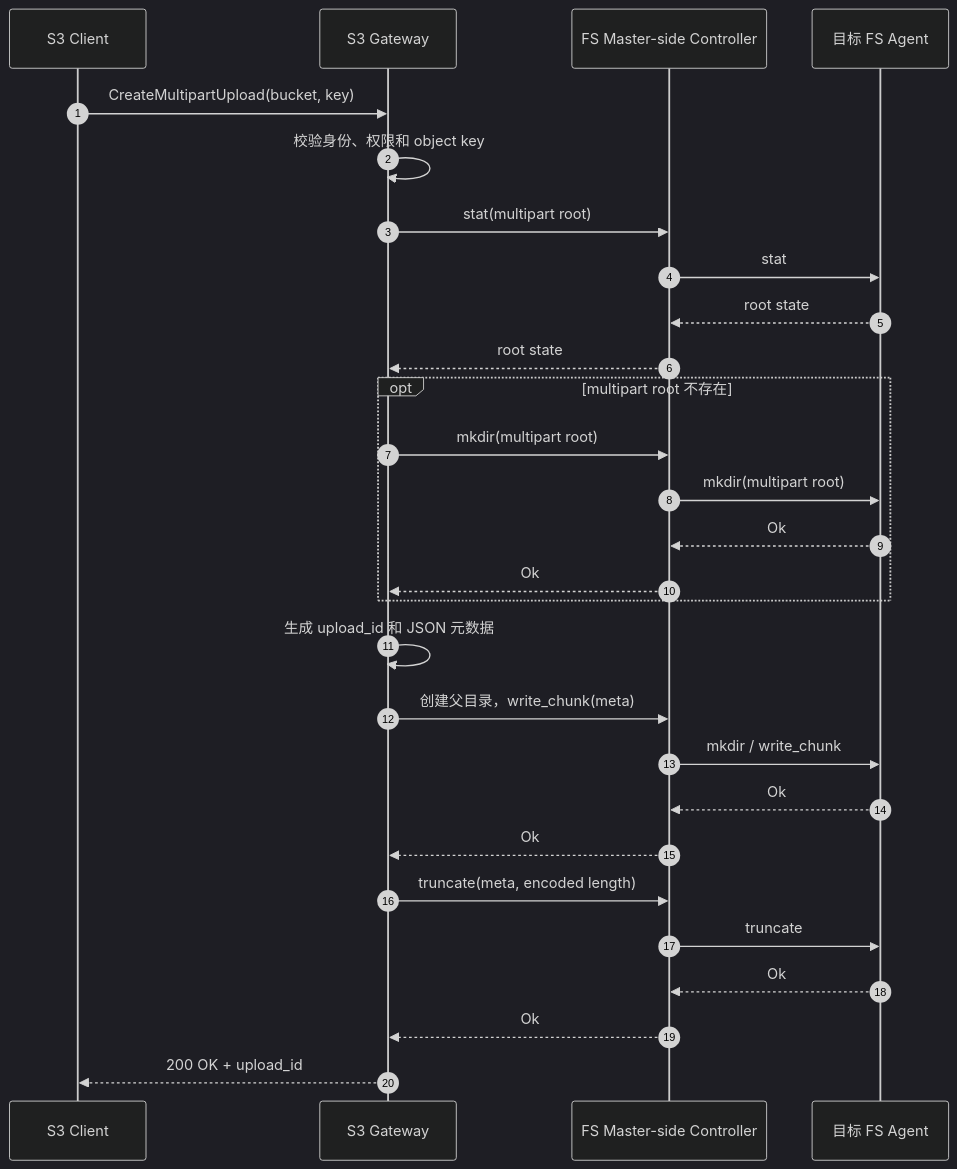
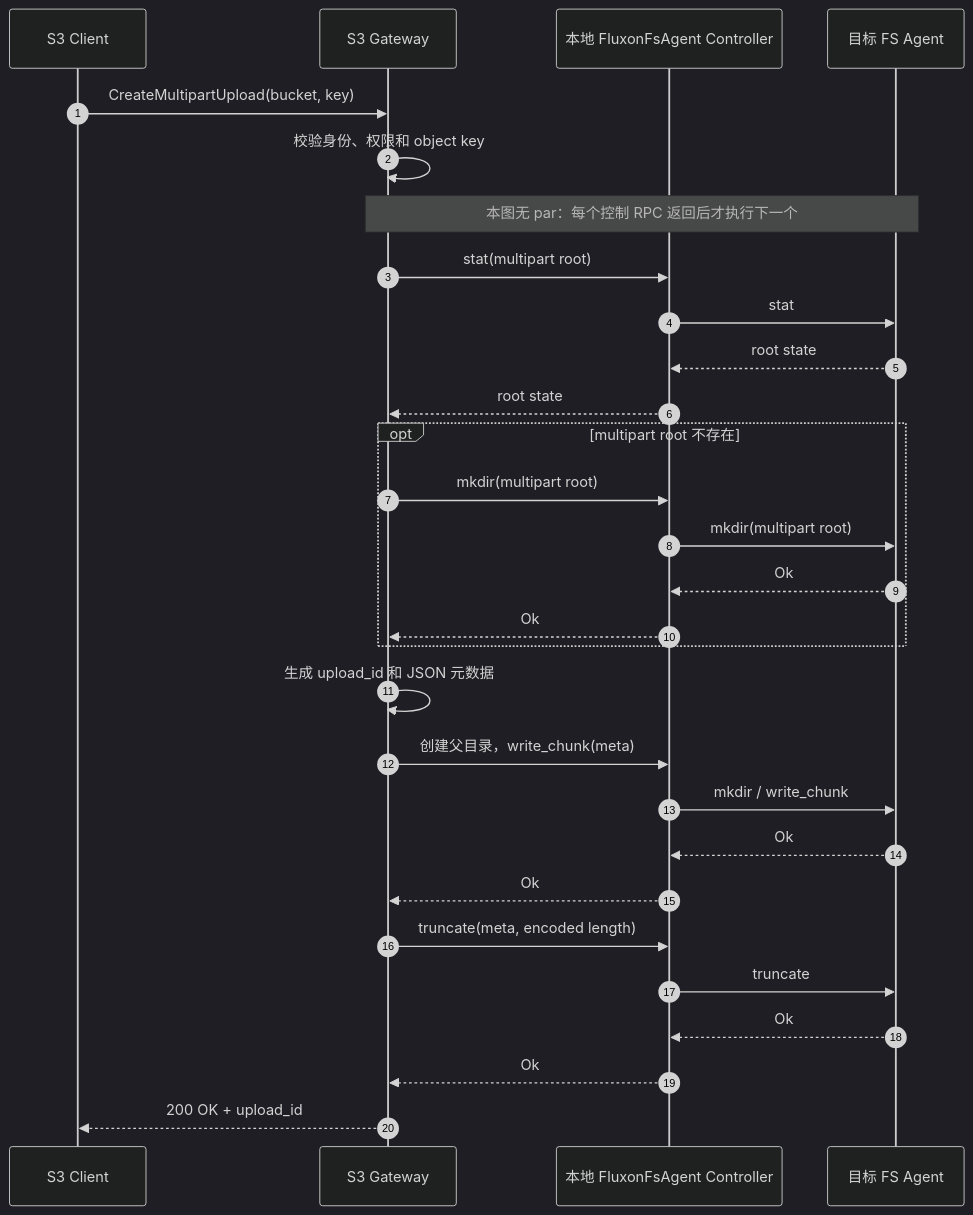
Before and after one commit to Tele-AI/Fluxon: the second of 20 diagrams in fluxon_doc_cn/design/fs_s3_1_混合写入链路.md, drawn with Mermaid (dark theme). The commit also changed other lines of this file and 6 other files, not shown here.

````diff
--- a/fluxon_doc_cn/design/fs_s3_1_混合写入链路.md
+++ b/fluxon_doc_cn/design/fs_s3_1_混合写入链路.md
@@ -117,31 +160,32 @@
 ```mermaid
 sequenceDiagram
     autonumber
     participant U as S3 Client
     participant G as S3 Gateway
-    participant C as FS Master-side Controller
+    participant C as 本地 FluxonFsAgent Controller
     participant A as 目标 FS Agent
 
     U->>G: CreateMultipartUpload(bucket, key)
     G->>G: 校验身份、权限和 object key
+    Note over G,A: 本图无 par：每个控制 RPC 返回后才执行下一个
     G->>C: stat(multipart root)
     C->>A: stat
     A-->>C: root state
     C-->>G: root state
     opt multipart root 不存在
         G->>C: mkdir(multipart root)
         C->>A: mkdir(multipart root)
         A-->>C: Ok
         C-->>G: Ok
     end
     G->>G: 生成 upload_id 和 JSON 元数据
     G->>C: 创建父目录，write_chunk(meta)
     C->>A: mkdir / write_chunk
     A-->>C: Ok
     C-->>G: Ok
     G->>C: truncate(meta, encoded length)
     C->>A: truncate
     A-->>C: Ok
     C-->>G: Ok
     G-->>U: 200 OK + upload_id
 ```
````
